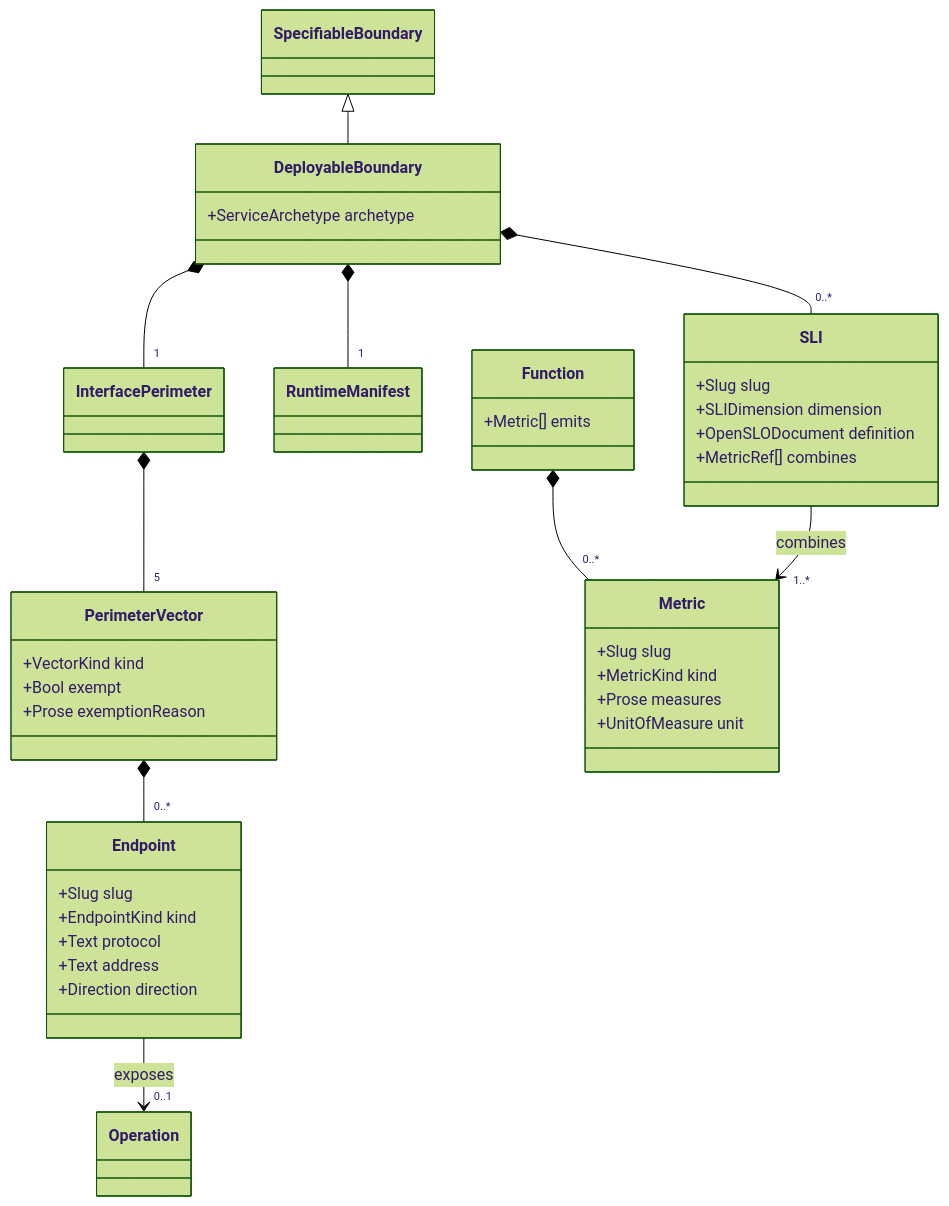
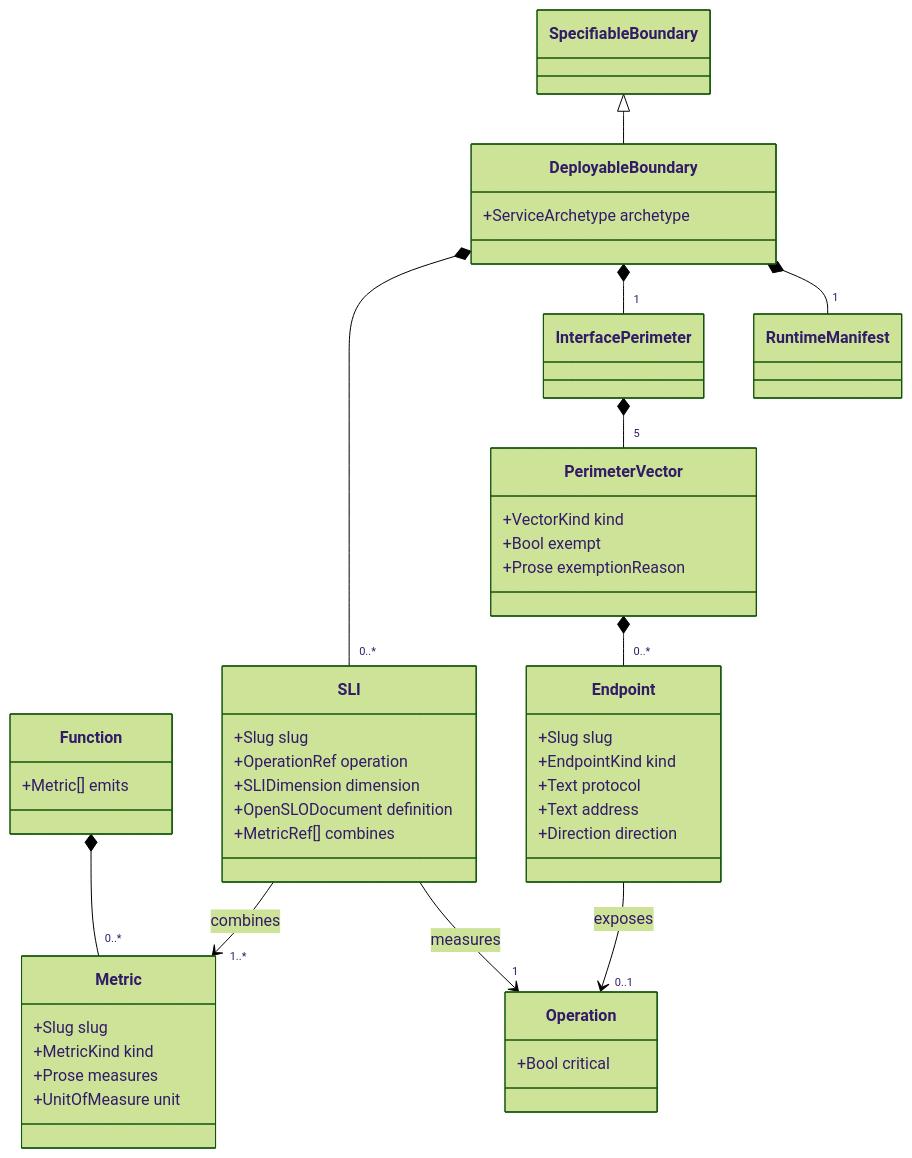
Before and after one commit to weaver-engineering/agent-plugins-docs: the diagram in docs/design/design-assistant/datamodel/deployable-model.md, drawn with Mermaid (forest theme). The commit also changed other lines of this file and 10 other files, not shown here.

````diff
--- a/docs/design/design-assistant/datamodel/deployable-model.md
+++ b/docs/design/design-assistant/datamodel/deployable-model.md
@@ -35,49 +35,53 @@
 ```mermaid
 classDiagram
     direction TB
 
     class SpecifiableBoundary
     class Function {
         +Metric[] emits
     }
     class DeployableBoundary {
         +ServiceArchetype archetype
     }
     class RuntimeManifest
     class InterfacePerimeter
     class PerimeterVector {
         +VectorKind kind
         +Bool exempt
         +Prose exemptionReason
     }
     class Endpoint {
         +Slug slug
         +EndpointKind kind
         +Text protocol
         +Text address
         +Direction direction
     }
-    class Operation
+    class Operation {
+        +Bool critical
+    }
     class Metric {
         +Slug slug
         +MetricKind kind
         +Prose measures
         +UnitOfMeasure unit
     }
     class SLI {
         +Slug slug
+        +OperationRef operation
         +SLIDimension dimension
         +OpenSLODocument definition
         +MetricRef[] combines
     }
 
     SpecifiableBoundary <|-- DeployableBoundary
     Function *-- "0..*" Metric
     DeployableBoundary *-- "1" RuntimeManifest
     DeployableBoundary *-- "1" InterfacePerimeter
     DeployableBoundary *-- "0..*" SLI
     InterfacePerimeter *-- "5" PerimeterVector
     PerimeterVector *-- "0..*" Endpoint
     Endpoint --> "0..1" Operation : exposes
+    SLI --> "1" Operation : measures
     SLI --> "1..*" Metric : combines
 ```
````
